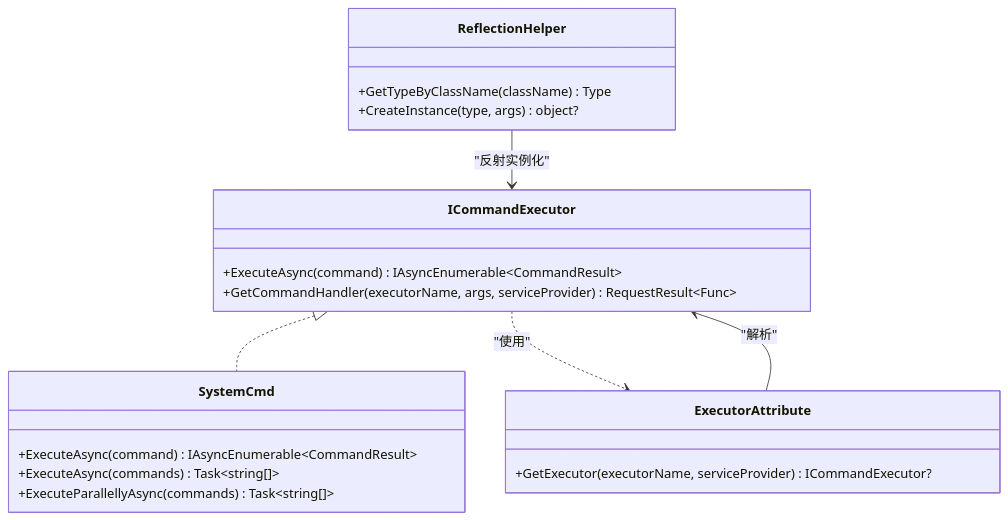
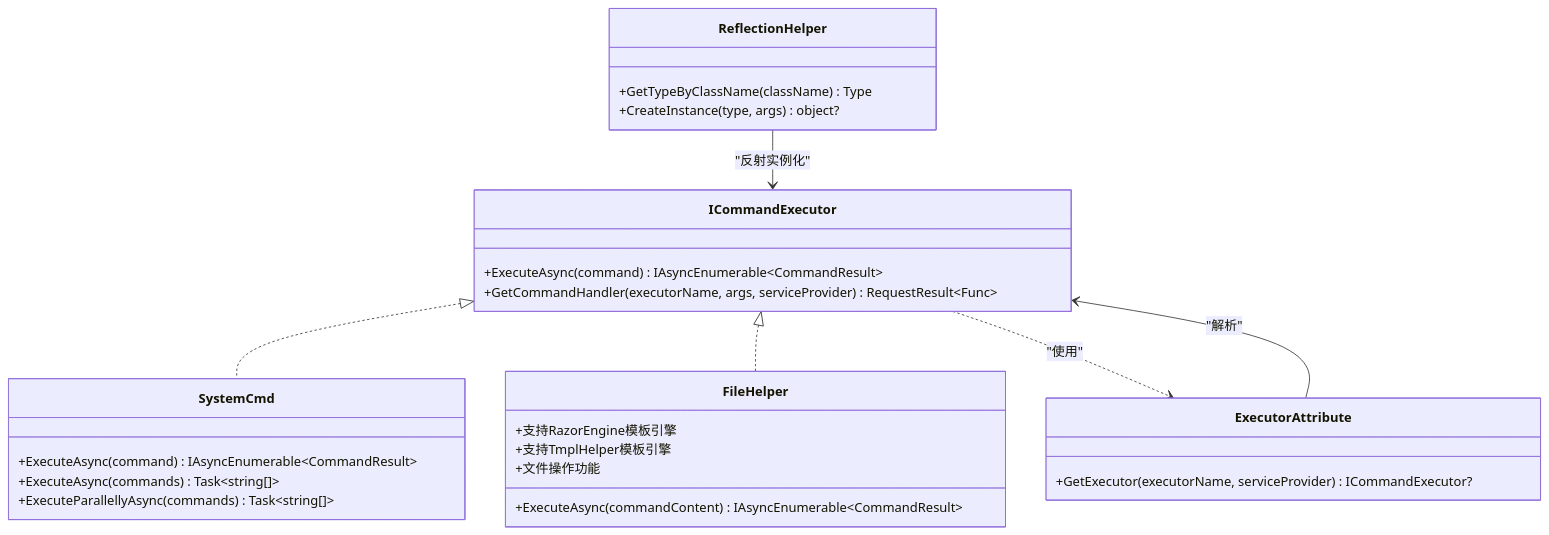
The fourth of 10 diagrams in .qoder/repowiki/zh/content/项目概述/核心特性/远程主机管理/命令执行器系统.md (Sosososolong/AirGo), drawn with Mermaid before and after one commit. The commit also changed other lines of this file and 3 other files, not shown here.

````diff
--- a/.qoder/repowiki/zh/content/项目概述/核心特性/远程主机管理/命令执行器系统.md
+++ b/.qoder/repowiki/zh/content/项目概述/核心特性/远程主机管理/命令执行器系统.md
@@ -301,23 +309,30 @@
 ```mermaid
 classDiagram
 class ICommandExecutor {
 +ExecuteAsync(command) IAsyncEnumerable~CommandResult~
 +GetCommandHandler(executorName, args, serviceProvider) RequestResult~Func~
 }
 class SystemCmd {
 +ExecuteAsync(command) IAsyncEnumerable~CommandResult~
 +ExecuteAsync(commands) Task~string[]~
 +ExecuteParallellyAsync(commands) Task~string[]~
 }
+class FileHelper {
++ExecuteAsync(commandContent) IAsyncEnumerable~CommandResult~
++支持RazorEngine模板引擎
++支持TmplHelper模板引擎
++文件操作功能
+}
 class ExecutorAttribute {
 +GetExecutor(executorName, serviceProvider) ICommandExecutor?
 }
 class ReflectionHelper {
 +GetTypeByClassName(className) Type
 +CreateInstance(type, args) object?
 }
 ICommandExecutor <|.. SystemCmd
+ICommandExecutor <|.. FileHelper
 ICommandExecutor ..> ExecutorAttribute : "使用"
 ExecutorAttribute --> ICommandExecutor : "解析"
 ReflectionHelper --> ICommandExecutor : "反射实例化"
 ```
````
